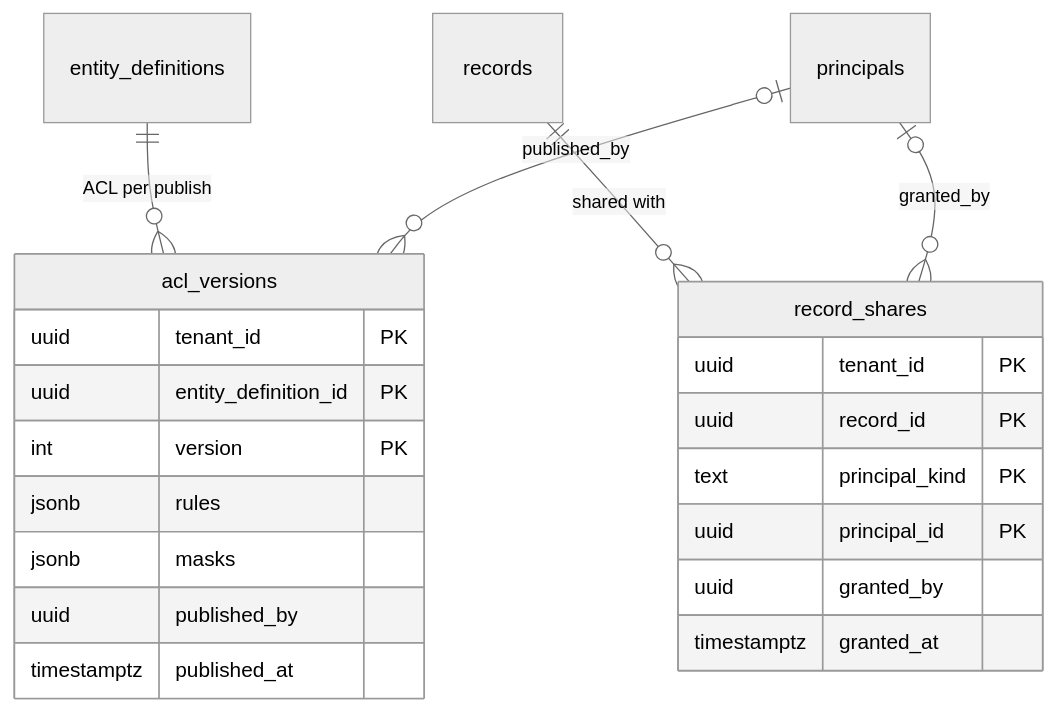
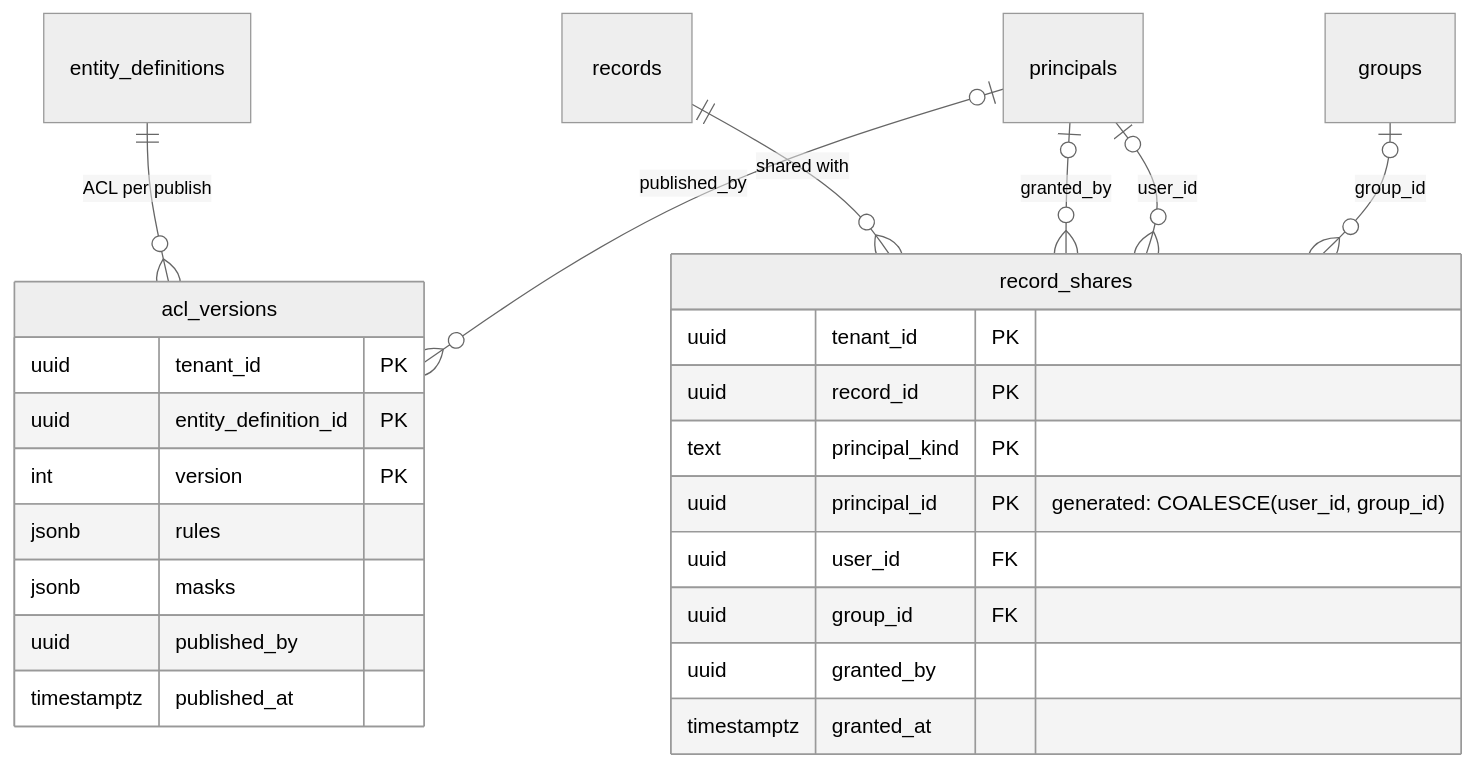
Before and after one commit to Navaladi2019/TicketingSystem: the diagram in docs/data/acl-tables.md, drawn with Mermaid (neutral theme). The commit also changed other lines of this file and 10 other files, not shown here.

First line of the commit message:
TICK-625: record_shares typed principal FKs (close AR-S10-01)

````diff
--- a/docs/data/acl-tables.md
+++ b/docs/data/acl-tables.md
@@ -10,24 +13,28 @@
 ```mermaid
 erDiagram
     entity_definitions ||--o{ acl_versions : "ACL per publish"
     records ||--o{ record_shares : "shared with"
     principals |o--o{ acl_versions : "published_by"
     principals |o--o{ record_shares : "granted_by"
+    principals |o--o{ record_shares : "user_id"
+    groups |o--o{ record_shares : "group_id"
     acl_versions {
         uuid tenant_id PK
         uuid entity_definition_id PK
         int version PK
         jsonb rules
         jsonb masks
         uuid published_by
         timestamptz published_at
     }
     record_shares {
         uuid tenant_id PK
         uuid record_id PK
         text principal_kind PK
-        uuid principal_id PK
+        uuid principal_id PK "generated: COALESCE(user_id, group_id)"
+        uuid user_id FK
+        uuid group_id FK
         uuid granted_by
         timestamptz granted_at
     }
 ```
````
